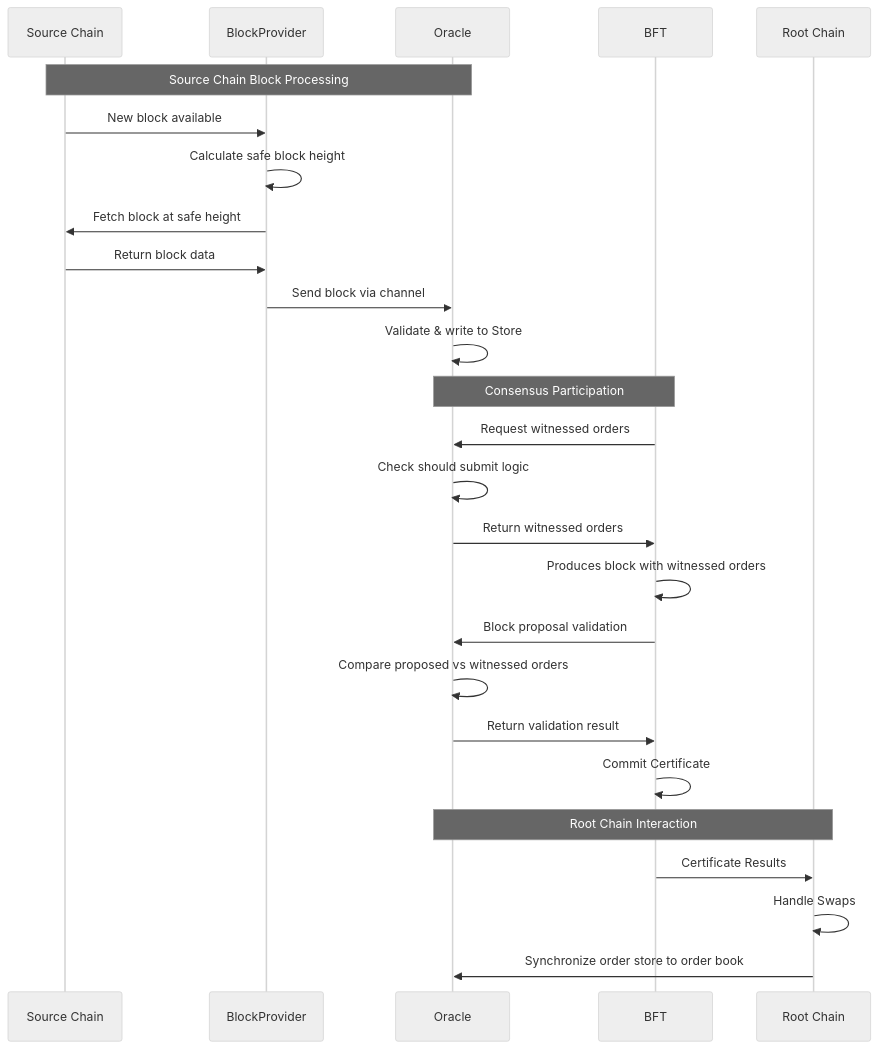
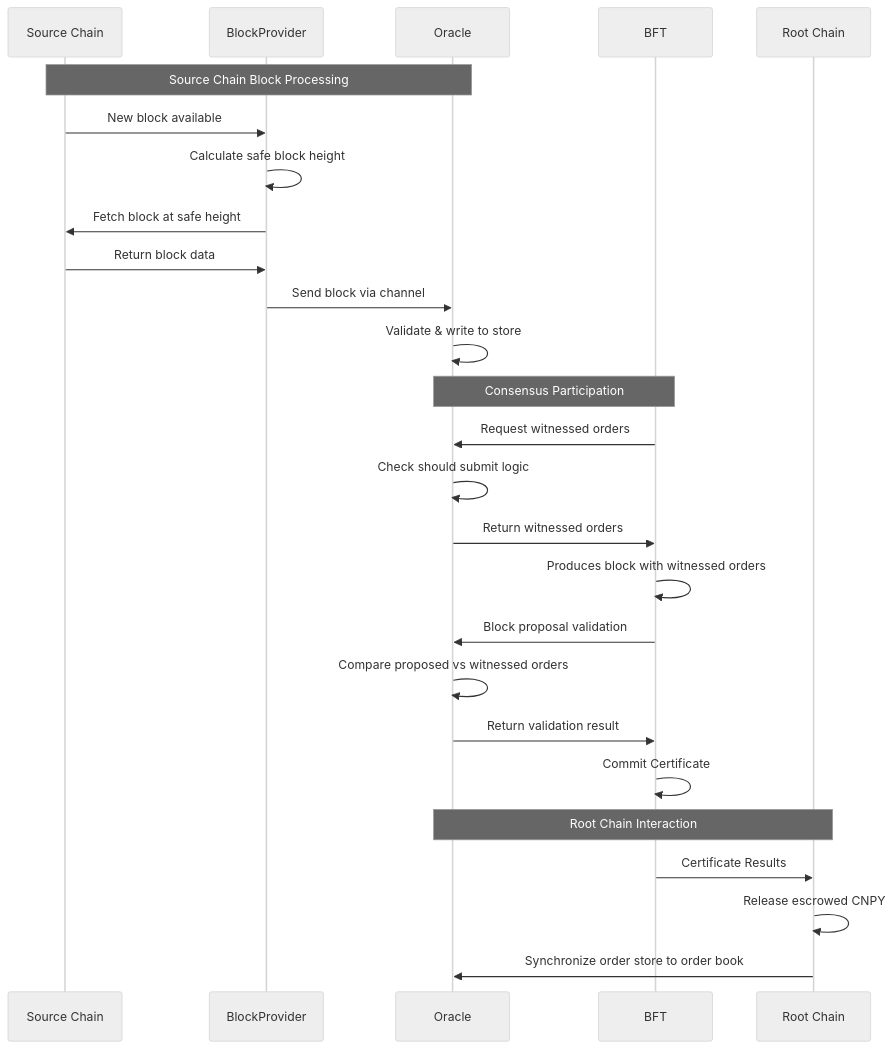
The diagram in cmd/rpc/oracle/ORACLE_FLOW.md (canopy-network/canopy), drawn with Mermaid (neutral theme) before and after one commit.

````diff
--- a/cmd/rpc/oracle/ORACLE_FLOW.md
+++ b/cmd/rpc/oracle/ORACLE_FLOW.md
@@ -11,38 +11,38 @@
 ```mermaid
 sequenceDiagram
     participant SC as Source Chain
     participant BP as BlockProvider
     participant O as Oracle
     participant BFT as BFT
     participant RC as Root Chain
 
     Note over SC,O: Source Chain Block Processing
     %% Block retrieval and processing
     SC->>BP: New block available
     BP->>BP: Calculate safe block height
     BP->>SC: Fetch block at safe height
     SC->>BP: Return block data
     BP->>O: Send block via channel
     
     %% Oracle block processing
-    O->>O: Validate & write to Store
+    O->>O: Validate & write to store
     
     Note over BFT,O: Consensus Participation
     %% BFT consensus integration
     BFT->>O: Request witnessed orders
     O->>O: Check should submit logic
     O->>BFT: Return witnessed orders
     BFT->>BFT: Produces block with witnessed orders
     
     %% Block proposal validation
     BFT->>O: Block proposal validation
     O->>O: Compare proposed vs witnessed orders
     O->>BFT: Return validation result
     BFT->>BFT: Commit Certificate
     
     Note over O,RC: Root Chain Interaction
     %% Root Chain interaction
     BFT->>RC: Certificate Results
-    RC->>RC: Handle Swaps
+    RC->>RC: Release escrowed CNPY
     RC->>O: Synchronize order store to order book
 ```
````
